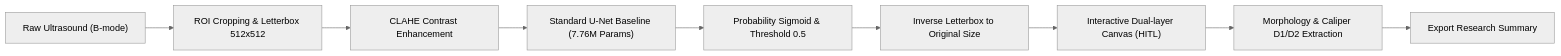
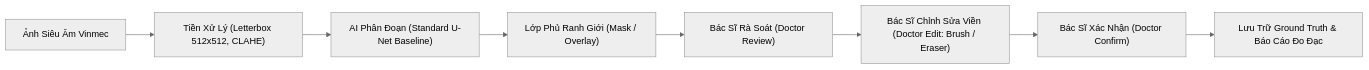
The diagram in README.md (dungxoan31-creator/UNet-Vinmec-KhoaLuan), drawn with Mermaid (neutral theme) before and after one commit. The commit also changed other lines of this file and 2863 other files, not shown here.

````diff
--- a/README.md
+++ b/README.md
@@ -49,11 +50,10 @@
 ```mermaid
 flowchart LR
-    A["Raw Ultrasound (B-mode)"] --> B["ROI Cropping & Letterbox 512x512"]
-    B --> C["CLAHE Contrast Enhancement"]
-    C --> D["Standard U-Net Baseline (7.76M Params)"]
-    D --> E["Probability Sigmoid & Threshold 0.5"]
-    E --> F["Inverse Letterbox to Original Size"]
-    F --> G["Interactive Dual-layer Canvas (HITL)"]
-    G --> H["Morphology & Caliper D1/D2 Extraction"]
-    H --> I["Export Research Summary"]
+    A["Ảnh Siêu Âm Vinmec"] --> B["Tiền Xử Lý (Letterbox 512x512, CLAHE)"]
+    B --> C["AI Phân Đoạn (Standard U-Net Baseline)"]
+    C --> D["Lớp Phủ Ranh Giới (Mask / Overlay)"]
+    D --> E["Bác Sĩ Rà Soát (Doctor Review)"]
+    E --> F["Bác Sĩ Chỉnh Sửa Viền (Doctor Edit: Brush / Eraser)"]
+    F --> G["Bác Sĩ Xác Nhận (Doctor Confirm)"]
+    G --> H["Lưu Trữ Ground Truth & Báo Cáo Đo Đạc"]
 ```
````
